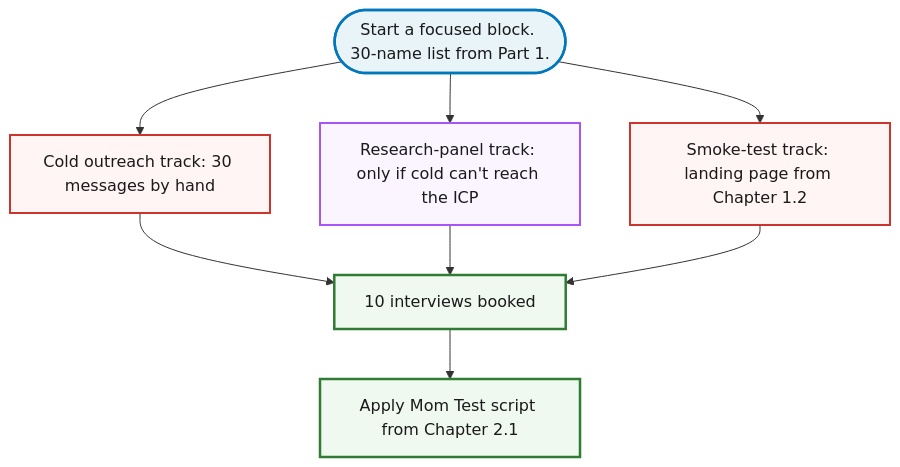
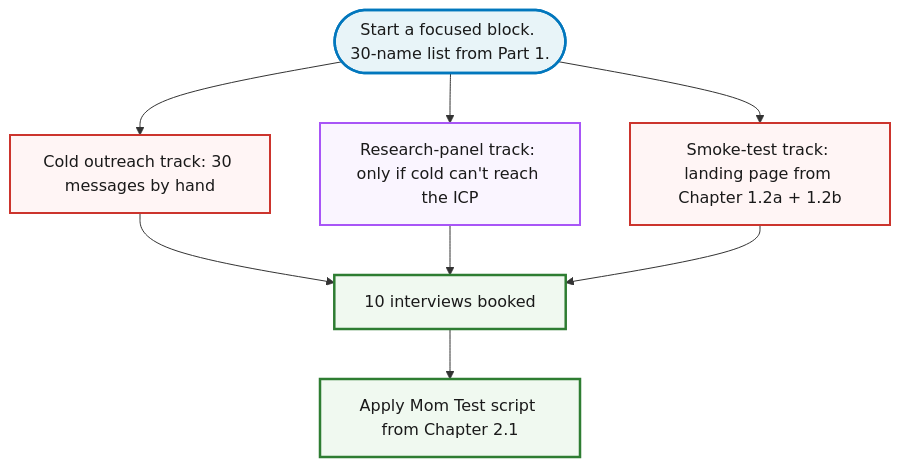
One commit to jetthoughts/jetthoughts.github.io changed the diagram in content/course/tech-for-non-technical-founders-2026/find-10-people-with-problem-outreach-2026/index.md. Above: the diagram before and after it, drawn with Mermaid. The commit also changed other lines of this file and 20 other files, not shown here.

````diff
--- a/content/course/tech-for-non-technical-founders-2026/find-10-people-with-problem-outreach-2026/index.md
+++ b/content/course/tech-for-non-technical-founders-2026/find-10-people-with-problem-outreach-2026/index.md
@@ -133,22 +133,22 @@
 ```mermaid
 %%{init: {'theme':'base', 'themeVariables': {'fontFamily':'Caveat, Patrick Hand, cursive', 'primaryColor':'#fff5f5', 'primaryBorderColor':'#cc342d', 'lineColor':'#333', 'primaryTextColor':'#1a1a1a'}}}%%
 flowchart TD
     A(["Start a focused block. 30-name list from Part 1."])
     A --> B[Cold outreach track: 30 messages by hand]
     A --> C[Research-panel track: only if cold can't reach the ICP]
-    A --> D[Smoke-test track: landing page from Chapter 1.2]
+    A --> D[Smoke-test track: landing page from Chapter 1.2a + 1.2b]
     B --> E[10 interviews booked]
     C --> E
     D --> E
     E --> F[Apply Mom Test script from Chapter 2.1]
 
     classDef start fill:#e8f4f8,stroke:#0277bd,stroke-width:2.5px,color:#1a1a1a
     classDef track fill:#fff5f5,stroke:#cc342d,stroke-width:2px,color:#1a1a1a
     classDef paid fill:#faf5ff,stroke:#a855f7,stroke-width:2px,color:#1a1a1a
     classDef goal fill:#f0f9f0,stroke:#2e7d32,stroke-width:2.5px,color:#1a1a1a
 
     class A start
     class B,D track
     class C paid
     class E,F goal
 ```
````
